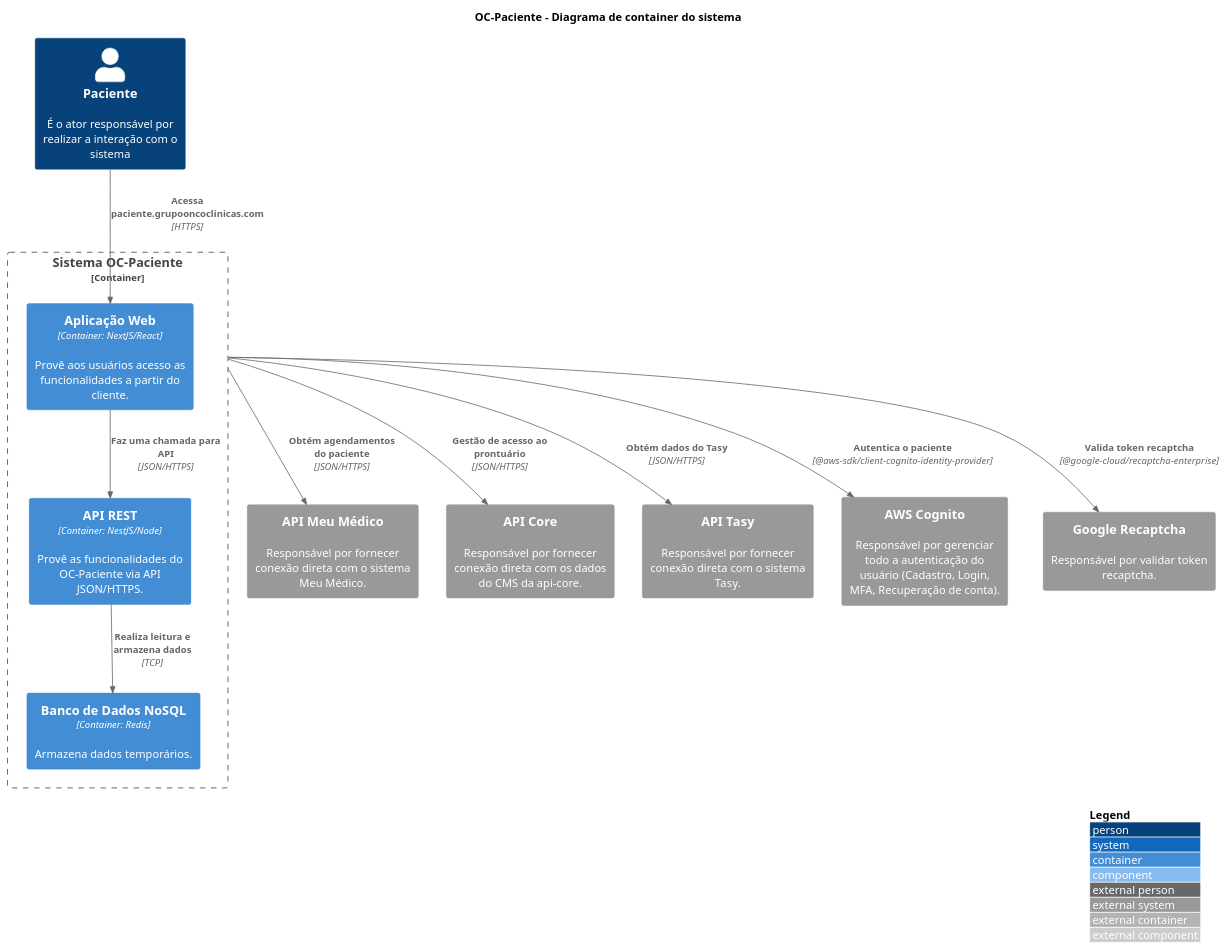
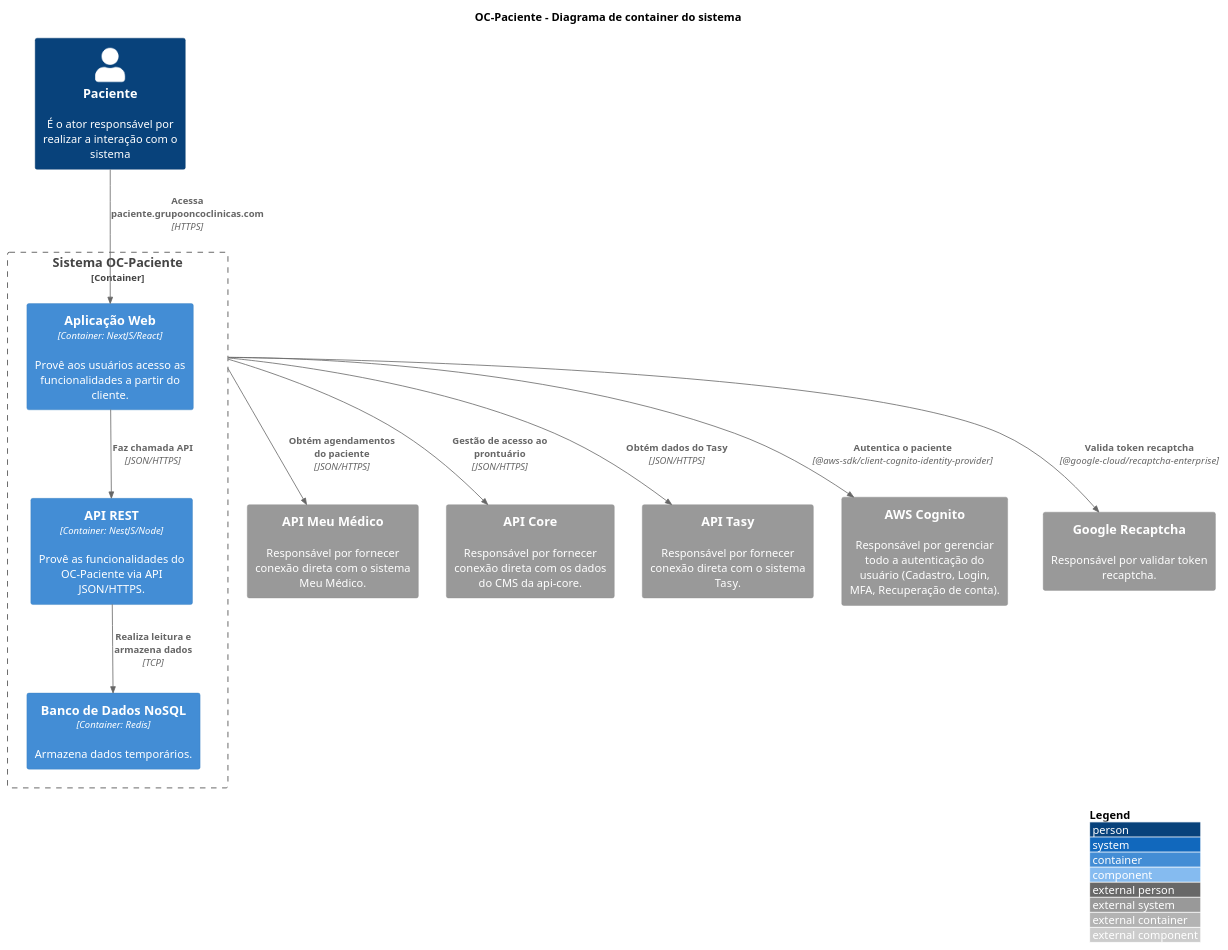
Before and after one commit to luizggbasedigital/poc-oc-docs: the diagram in src/OC-Paciente/C1. Visão Geral/C2. Sistema/containers.puml, drawn with PlantUML. The commit also changed 3 other files, not shown here.

```diff
--- a/src/OC-Paciente/C1. Visão Geral/C2. Sistema/containers.puml
+++ b/src/OC-Paciente/C1. Visão Geral/C2. Sistema/containers.puml
@@ -1,39 +1,39 @@
 @startuml "Container Diagram"
 
 title "OC-Paciente - Diagrama de container do sistema"
 
 !include https://raw.githubusercontent.com/adrianvlupu/C4-PlantUML/latest/C4_Component.puml
 
 LAYOUT_WITH_LEGEND()
 
 skinparam backgroundcolor transparent
 
 /'Actors'/
 Person(ActorPatient, "Paciente", "É o ator responsável por realizar a interação com o sistema")
 
 /'Internal Systems'/
 Container_Boundary(SystemOCPatient, "Sistema OC-Paciente") {
   Container(ContainerWebApp, "Aplicação Web", "Container: NextJS/React", "Provê aos usuários acesso as funcionalidades a partir do cliente.")
   Container(ContainerServerApi, "API REST", "Container: NestJS/Node", "Provê as funcionalidades do OC-Paciente via API JSON/HTTPS.")
   Container(ContainerDatabaseRedis, "Banco de Dados NoSQL", "Container: Redis", "Armazena dados temporários.")
 
   Rel(ActorPatient, ContainerWebApp, "Acessa paciente.grupooncoclinicas.com", "HTTPS")
   Rel(ContainerServerApi, ContainerDatabaseRedis, "Realiza leitura e armazena dados", "TCP")
-  Rel(ContainerWebApp, ContainerServerApi, "Faz uma chamada para API", "JSON/HTTPS")
+  Rel(ContainerWebApp, ContainerServerApi, "Faz chamada API", "JSON/HTTPS")
 }
 
 /'External Systems'/
 System_Ext(SystemMyPhysicianApi, "API Meu Médico", "Responsável por fornecer conexão direta com o sistema Meu Médico.")
-System_Ext(SystemCMSApi, "API Core", "Responsável por fornecer conexão direta com os dados do CMS da api-core.")
+System_Ext(SystemApiCore, "API Core", "Responsável por fornecer conexão direta com os dados do CMS da api-core.")
 System_Ext(SystemTasyApi, "API Tasy", "Responsável por fornecer conexão direta com o sistema Tasy.")
 System_Ext(SystemAWSCognito, "AWS Cognito", "Responsável por gerenciar todo a autenticação do usuário (Cadastro, Login, MFA, Recuperação de conta).")
 System_Ext(SystemGoogleRecaptcha, "Google Recaptcha", "Responsável por validar token recaptcha.")
 
 /'Relations'/
 Rel(SystemOCPatient, SystemGoogleRecaptcha, "Valida token recaptcha", "@google-cloud/recaptcha-enterprise")
 Rel(SystemOCPatient, SystemAWSCognito, "Autentica o paciente", "@aws-sdk/client-cognito-identity-provider")
 Rel(SystemOCPatient, SystemMyPhysicianApi, "Obtém agendamentos do paciente", "JSON/HTTPS")
 Rel(SystemOCPatient, SystemTasyApi, "Obtém dados do Tasy", "JSON/HTTPS")
-Rel(SystemOCPatient, SystemCMSApi, "Gestão de acesso ao prontuário", "JSON/HTTPS")
+Rel(SystemOCPatient, SystemApiCore, "Gestão de acesso ao prontuário", "JSON/HTTPS")
 
 @enduml
```
